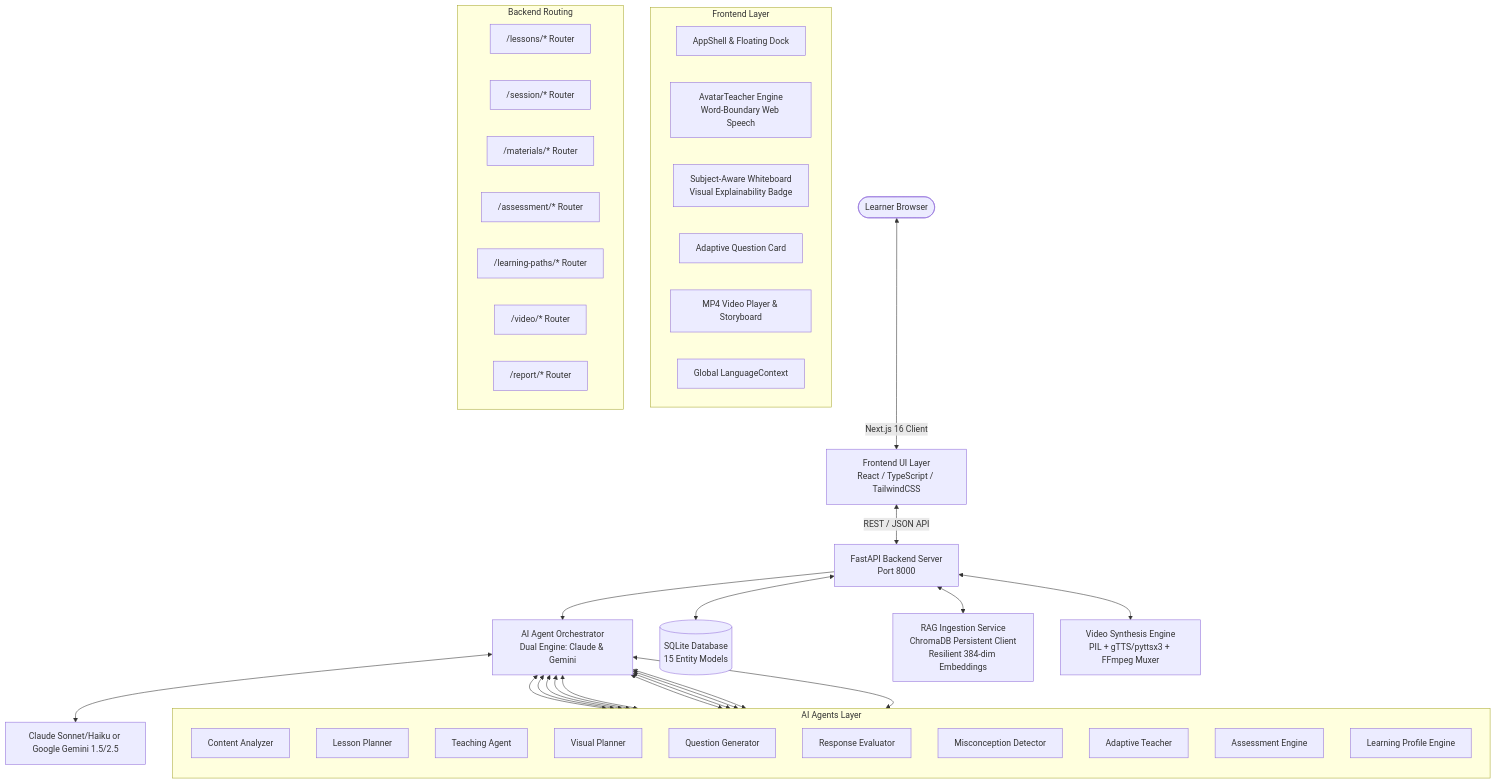
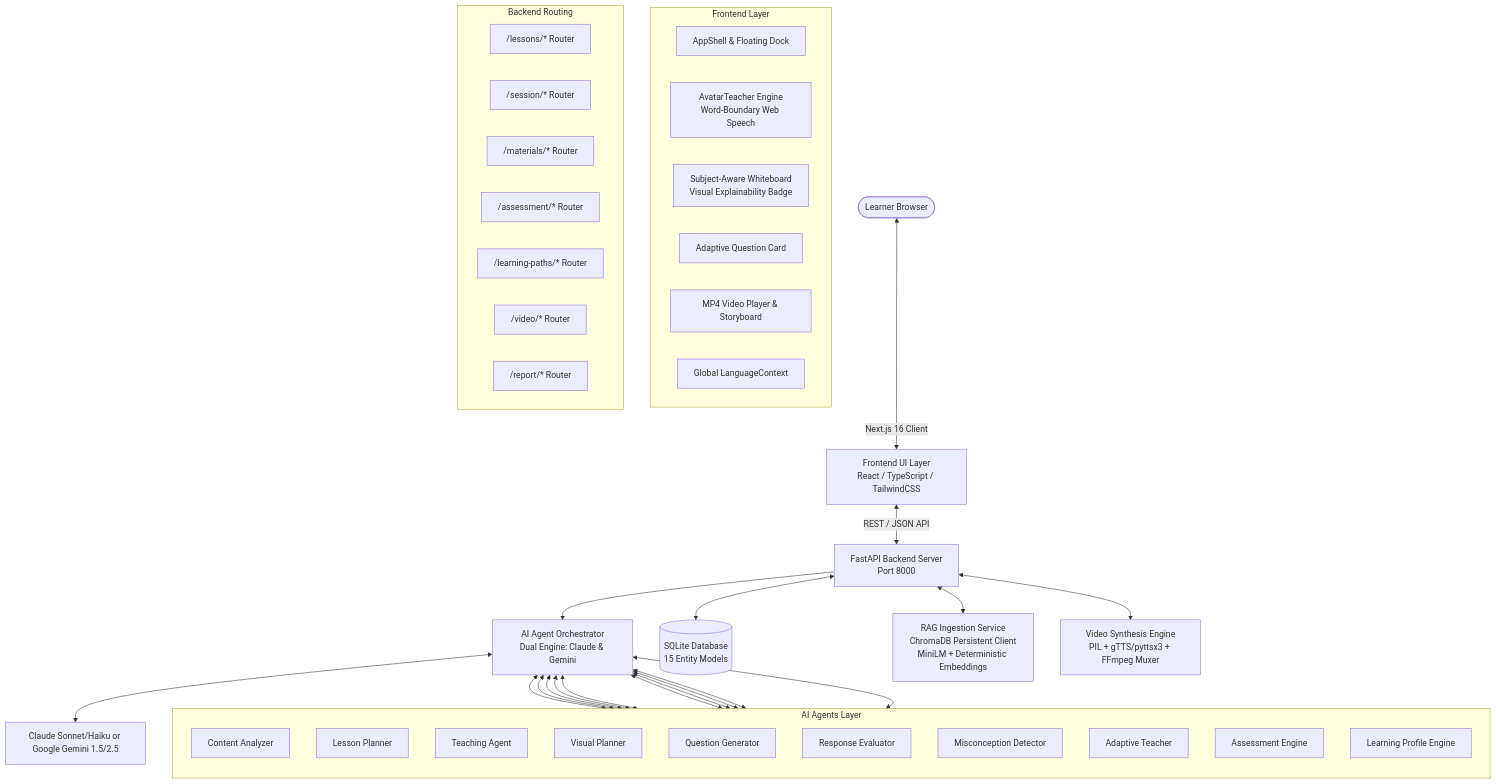
One commit to gintama1018/ML-HACKATHON-2-LEVEL-ASSIGNMENT changed the diagram in README.md. Above: the diagram before and after it, drawn with Mermaid. The commit also changed other lines of this file, not shown here.

````diff
--- a/README.md
+++ b/README.md
@@ -96,57 +99,57 @@
 ```mermaid
 flowchart TD
     User([Learner Browser]) <-->|Next.js 16 Client| Frontend[Frontend UI Layer<br/>React / TypeScript / TailwindCSS]
     
     subgraph Frontend Layer
         AppShell[AppShell & Floating Dock]
         Avatar[AvatarTeacher Engine<br/>Word-Boundary Web Speech]
         WB[Subject-Aware Whiteboard<br/>Visual Explainability Badge]
         Card[Adaptive Question Card]
         Player[MP4 Video Player & Storyboard]
         I18n[Global LanguageContext]
     end
 
     Frontend <-->|REST / JSON API| Backend[FastAPI Backend Server<br/>Port 8000]
 
     subgraph Backend Routing
         R_Lessons["/lessons/* Router"]
         R_Sessions["/session/* Router"]
         R_Materials["/materials/* Router"]
         R_Assessment["/assessment/* Router"]
         R_Paths["/learning-paths/* Router"]
         R_Video["/video/* Router"]
         R_Report["/report/* Router"]
     end
 
     Backend --> AgentOrch[AI Agent Orchestrator<br/>Dual Engine: Claude & Gemini]
 
     subgraph AI Agents Layer
         direction TB
         A1[Content Analyzer]
         A2[Lesson Planner]
         A3[Teaching Agent]
         A4[Visual Planner]
         A5[Question Generator]
         A6[Response Evaluator]
         A7[Misconception Detector]
         A8[Adaptive Teacher]
         A9[Assessment Engine]
         A10[Learning Profile Engine]
     end
 
     AgentOrch <--> A1
     AgentOrch <--> A2
     AgentOrch <--> A3
     AgentOrch <--> A4
     AgentOrch <--> A5
     AgentOrch <--> A6
     AgentOrch <--> A7
     AgentOrch <--> A8
     AgentOrch <--> A9
     AgentOrch <--> A10
 
     AgentOrch <--> LLM[Claude Sonnet/Haiku or Google Gemini 1.5/2.5]
     Backend <--> SQLite[(SQLite Database<br/>15 Entity Models)]
-    Backend <--> RAG[RAG Ingestion Service<br/>ChromaDB Persistent Client<br/>Resilient 384-dim Embeddings]
+    Backend <--> RAG[RAG Ingestion Service<br/>ChromaDB Persistent Client<br/>MiniLM + Deterministic Embeddings]
     Backend <--> VideoGen[Video Synthesis Engine<br/>PIL + gTTS/pyttsx3 + FFmpeg Muxer]
 ```
````
